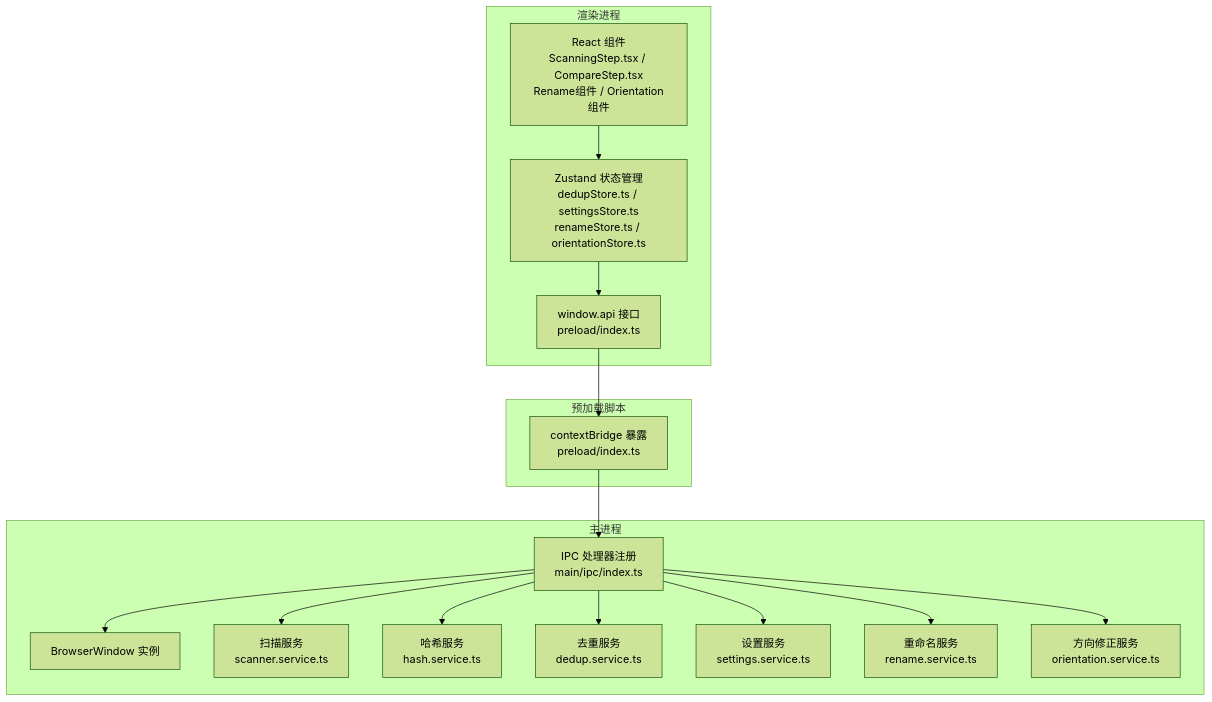
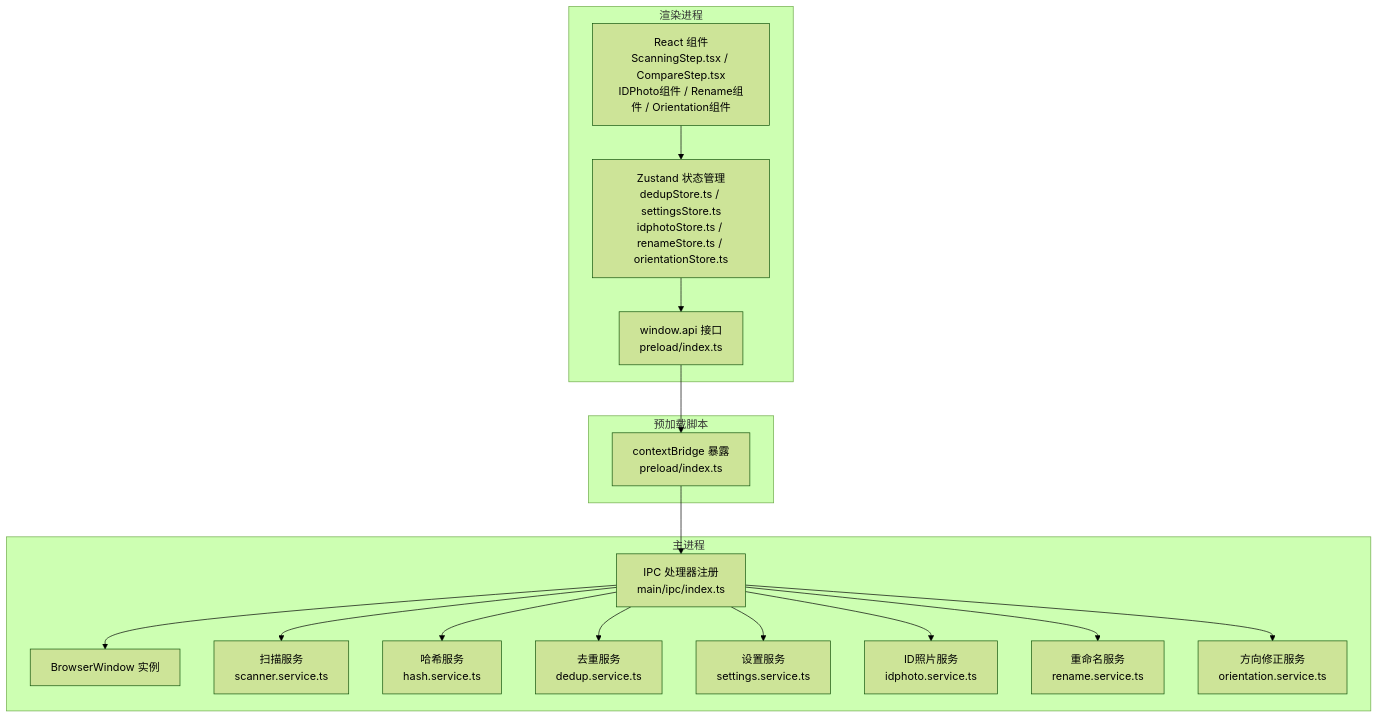
One commit to remgasuki/ReDoPhoto changed the first of 11 diagrams in .qoder/repowiki/zh/content/IPC通信层/IPC通信层.md. Above: the diagram before and after it, drawn with Mermaid (forest theme). The commit also changed other lines of this file and 31 other files, not shown here.

Commit message:
v2.2.0: 证件照功能全面升级 - AI抠图/海量模板/美颜/压缩/排版

````diff
--- a/.qoder/repowiki/zh/content/IPC通信层/IPC通信层.md
+++ b/.qoder/repowiki/zh/content/IPC通信层/IPC通信层.md
@@ -60,32 +69,34 @@
 ```mermaid
 graph TB
 subgraph "渲染进程"
-R_UI["React 组件<br/>ScanningStep.tsx / CompareStep.tsx<br/>Rename组件 / Orientation组件"]
-R_STORE["Zustand 状态管理<br/>dedupStore.ts / settingsStore.ts<br/>renameStore.ts / orientationStore.ts"]
+R_UI["React 组件<br/>ScanningStep.tsx / CompareStep.tsx<br/>IDPhoto组件 / Rename组件 / Orientation组件"]
+R_STORE["Zustand 状态管理<br/>dedupStore.ts / settingsStore.ts<br/>idphotoStore.ts / renameStore.ts / orientationStore.ts"]
 R_API["window.api 接口<br/>preload/index.ts"]
 end
 subgraph "预加载脚本"
 P_BRIDGE["contextBridge 暴露<br/>preload/index.ts"]
 end
 subgraph "主进程"
 M_IPC["IPC 处理器注册<br/>main/ipc/index.ts"]
 M_WIN["BrowserWindow 实例"]
 S_SCAN["扫描服务<br/>scanner.service.ts"]
 S_HASH["哈希服务<br/>hash.service.ts"]
 S_DEDUP["去重服务<br/>dedup.service.ts"]
 S_SET["设置服务<br/>settings.service.ts"]
+S_IDPHOTO["ID照片服务<br/>idphoto.service.ts"]
 S_RENAME["重命名服务<br/>rename.service.ts"]
 S_ORIENT["方向修正服务<br/>orientation.service.ts"]
 end
 R_UI --> R_STORE
 R_STORE --> R_API
 R_API --> P_BRIDGE
 P_BRIDGE --> M_IPC
 M_IPC --> M_WIN
 M_IPC --> S_SCAN
 M_IPC --> S_HASH
 M_IPC --> S_DEDUP
 M_IPC --> S_SET
+M_IPC --> S_IDPHOTO
 M_IPC --> S_RENAME
 M_IPC --> S_ORIENT
 ```
````
